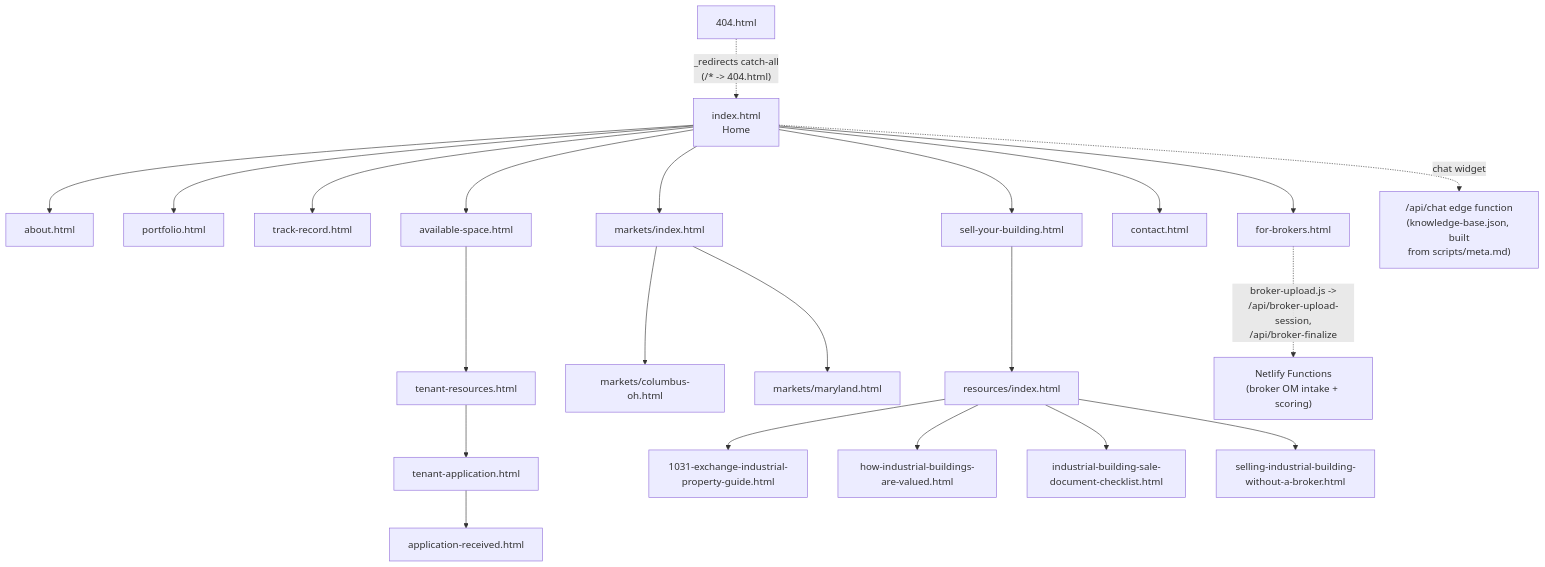
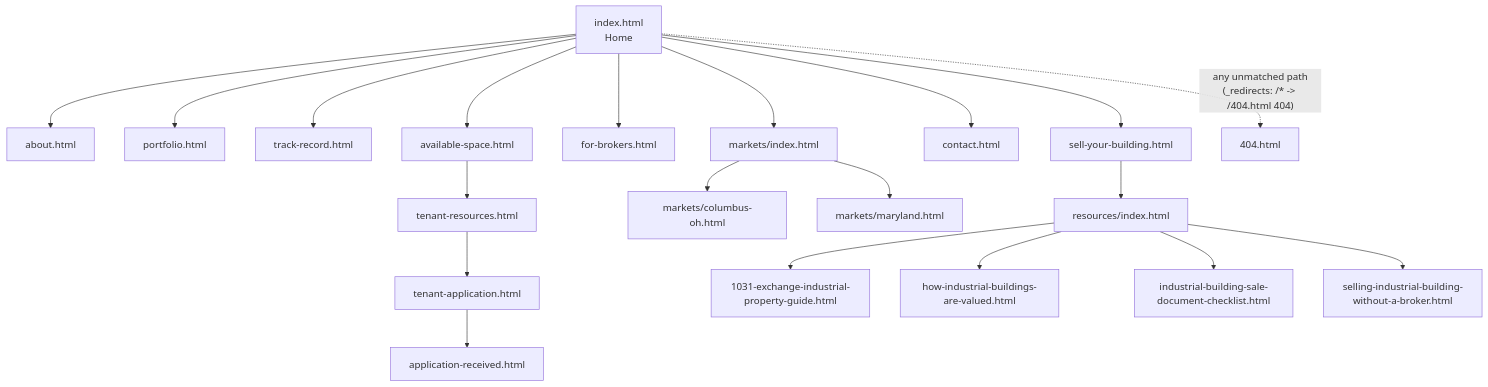
One commit to ZeOoba/Website changed the second of 3 diagrams in README.md. Above: the diagram before and after it, drawn with Mermaid. The commit also changed other lines of this file, not shown here.

First line of the commit message:
docs: correct architecture diagrams for netlify.toml handling, missing build-kb step, and full request/data flow

````diff
--- a/README.md
+++ b/README.md
@@ -33,29 +38,26 @@
 ```mermaid
 flowchart TD
     Home["index.html\nHome"] --> About["about.html"]
     Home --> Portfolio["portfolio.html"]
     Home --> TrackRecord["track-record.html"]
     Home --> AvailSpace["available-space.html"]
     Home --> ForBrokers["for-brokers.html"]
     Home --> SellBuilding["sell-your-building.html"]
     Home --> Contact["contact.html"]
 
     AvailSpace --> TenantRes["tenant-resources.html"]
     TenantRes --> TenantApp["tenant-application.html"]
     TenantApp --> AppReceived["application-received.html"]
 
     Home --> Markets["markets/index.html"]
     Markets --> Columbus["markets/columbus-oh.html"]
     Markets --> Maryland["markets/maryland.html"]
 
     SellBuilding --> Resources["resources/index.html"]
     Resources --> R1["1031-exchange-industrial-property-guide.html"]
     Resources --> R2["how-industrial-buildings-are-valued.html"]
     Resources --> R3["industrial-building-sale-document-checklist.html"]
     Resources --> R4["selling-industrial-building-without-a-broker.html"]
 
-    ForBrokers -.->|"broker-upload.js ->\n/api/broker-upload-session,\n/api/broker-finalize"| BrokerFn["Netlify Functions\n(broker OM intake + scoring)"]
-    Home -.->|"chat widget"| ChatFn["/api/chat edge function\n(knowledge-base.json, built\nfrom scripts/meta.md)"]
-
-    NotFound["404.html"] -.->|"_redirects catch-all\n(/* -> 404.html)"| Home
+    Home -.->|"any unmatched path\n(_redirects: /* -> /404.html 404)"| NotFound["404.html"]
 ```
````
